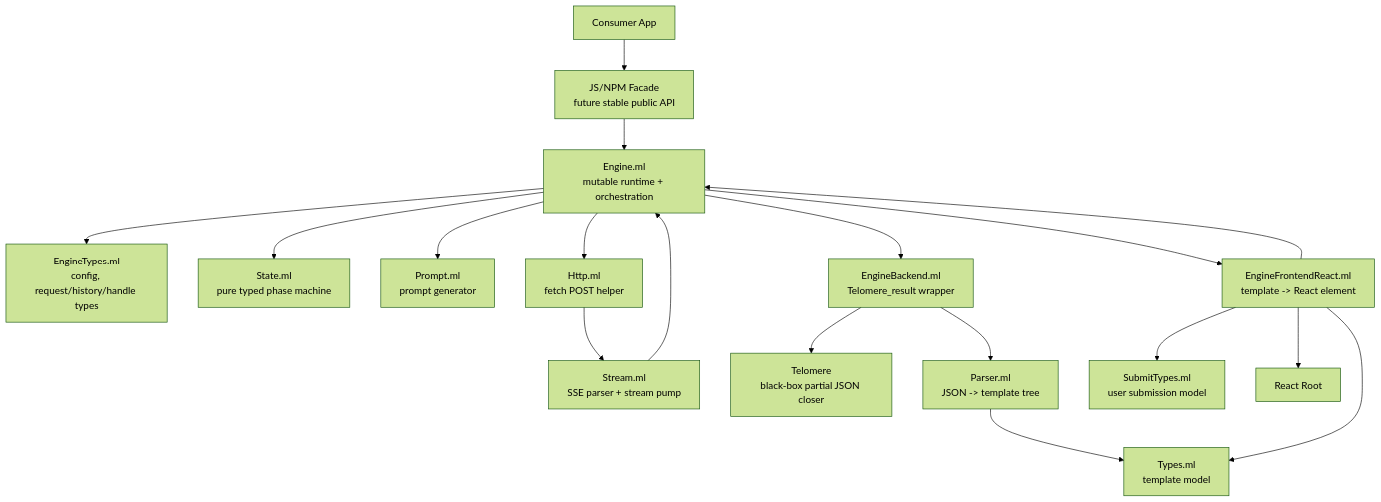
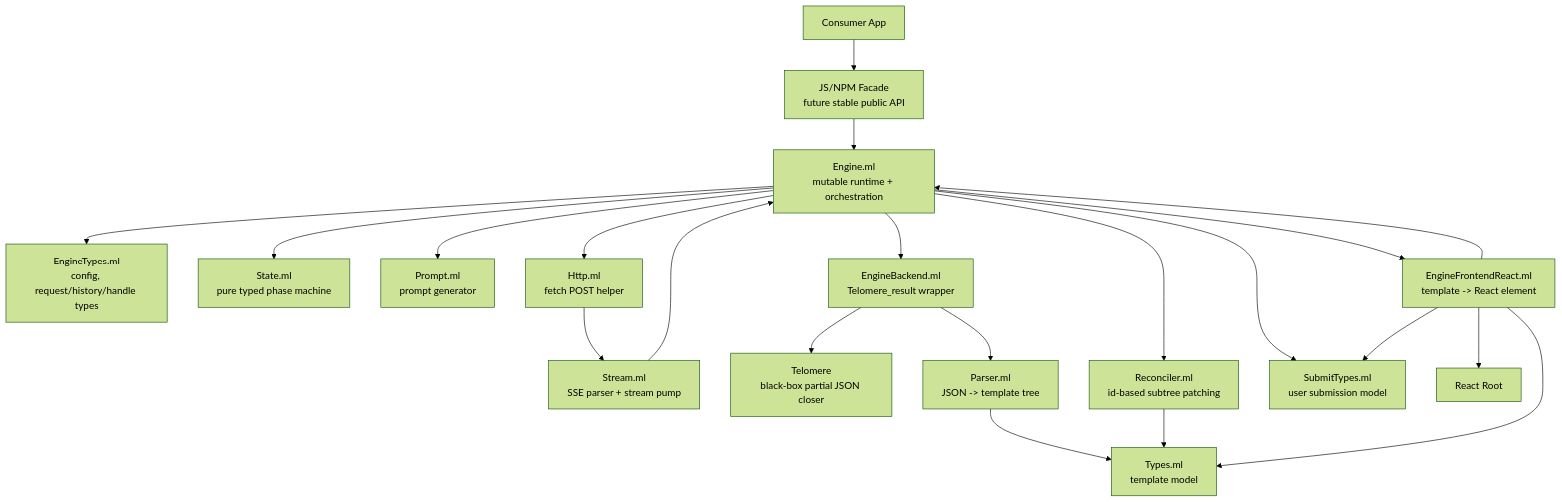
One commit to unhingingdog/ribosome-ui changed the first of 8 diagrams in architecture.md. Above: the diagram before and after it, drawn with Mermaid (forest theme). The commit also changed other lines of this file and 5 other files, not shown here.

Commit message:
update architecture md and stabbing in dark to make prompt good

````diff
--- a/architecture.md
+++ b/architecture.md
@@ -9,36 +9,40 @@
 ```mermaid
 flowchart TD
   Consumer[Consumer App]
   Facade[JS/NPM Facade\nfuture stable public API]
   Engine[Engine.ml\nmutable runtime + orchestration]
   EngineTypes[EngineTypes.ml\nconfig, request/history/handle types]
   State[State.ml\npure typed phase machine]
   Prompt[Prompt.ml\nprompt generator]
   Http[Http.ml\nfetch POST helper]
   Stream[Stream.ml\nSSE parser + stream pump]
   Backend[EngineBackend.ml\nTelomere_result wrapper]
   Telomere[Telomere\nblack-box partial JSON closer]
   Parser[Parser.ml\nJSON -> template tree]
+  Reconciler[Reconciler.ml\nid-based subtree patching]
   Types[Types.ml\ntemplate model]
   SubmitTypes[SubmitTypes.ml\nuser submission model]
   Frontend[EngineFrontendReact.ml\ntemplate -> React element]
   React[React Root]
 
   Consumer --> Facade
   Facade --> Engine
   Engine --> EngineTypes
   Engine --> State
   Engine --> Prompt
   Engine --> Http
   Http --> Stream
   Stream --> Engine
   Engine --> Backend
   Backend --> Telomere
   Backend --> Parser
   Parser --> Types
+  Engine --> Reconciler
+  Reconciler --> Types
+  Engine --> SubmitTypes
   Engine --> Frontend
   Frontend --> Types
   Frontend --> SubmitTypes
   Frontend --> React
   Frontend --> Engine
 ```
````
